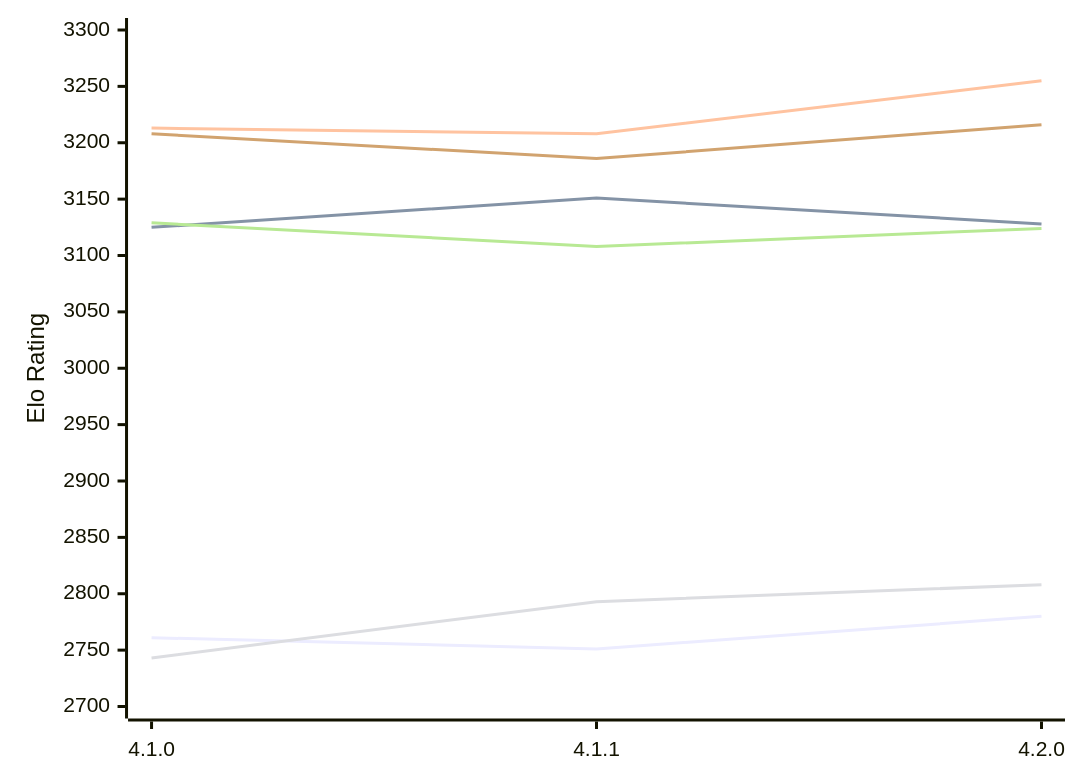
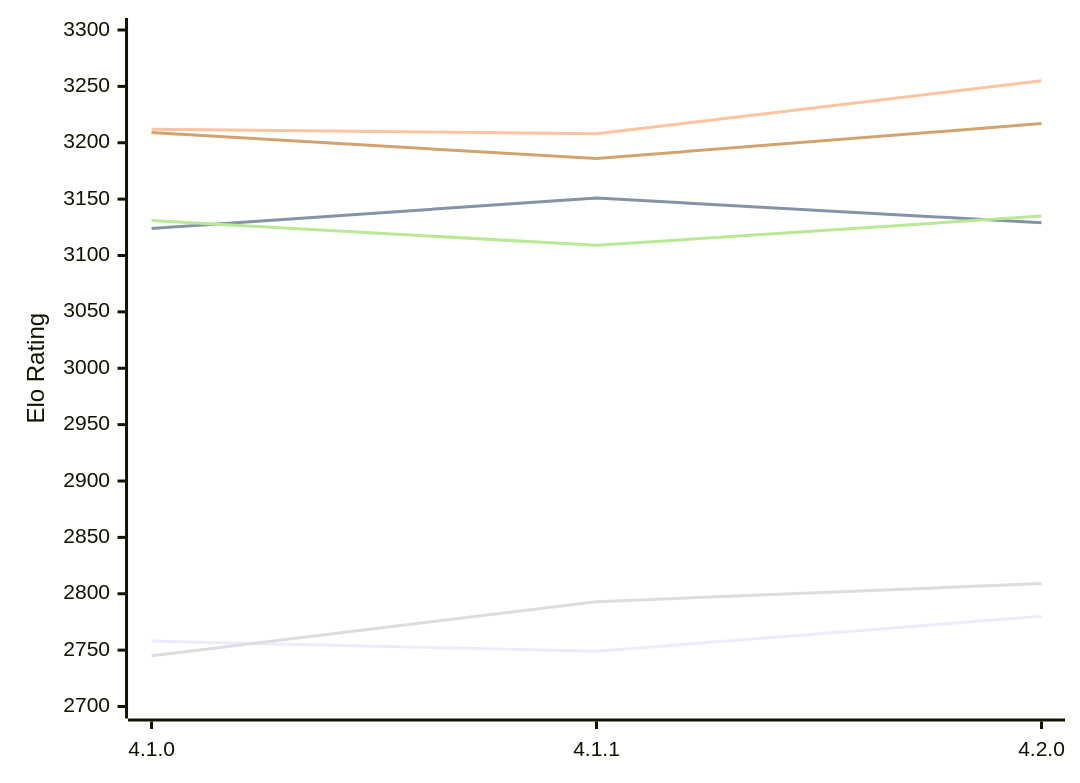
The diagram in engines/LunaChessEngine.md (computer-chess-index/cci), drawn with Mermaid before and after one commit. The commit also changed other lines of this file, not shown here.

Commit message:
Update CCI Ratings (ELO VLTC) - 2026-11-28

````diff
--- a/engines/LunaChessEngine.md
+++ b/engines/LunaChessEngine.md
@@ -51,12 +51,12 @@
 ```mermaid
 %%{init: {"theme":"base","themeVariables":{"seriesColors:['#a3a3a3','#222221','#faa371']}}}%%
 xychart-beta
   x-axis ["4.1.0", "4.1.1", "4.2.0"]
   y-axis "Elo Rating" 2700 --> 3300
-  line "E1: STC (8.0+0.08s)" [2761, 2751, 2780]
-  line "E1: LTC (60.0+0.60s)" [3125, 3151, 3128]
-  line "E1: VLTC (2m24s+1.12s)" [3213, 3208, 3255]
-  line "P1: STC (8.0+0.08s)" [2743, 2793, 2808]
-  line "P1: LTC (60.0+0.60s)" [3129, 3108, 3124]
-  line "P1: VLTC (2m24s+1.12s)" [3208, 3186, 3216]
+  line "E1: STC (8.0+0.08s)" [2758, 2749, 2780]
+  line "E1: LTC (60.0+0.60s)" [3124, 3151, 3129]
+  line "E1: VLTC (2m24s+1.12s)" [3212, 3208, 3255]
+  line "P1: STC (8.0+0.08s)" [2745, 2793, 2809]
+  line "P1: LTC (60.0+0.60s)" [3131, 3109, 3135]
+  line "P1: VLTC (2m24s+1.12s)" [3209, 3186, 3217]
 ```
````
